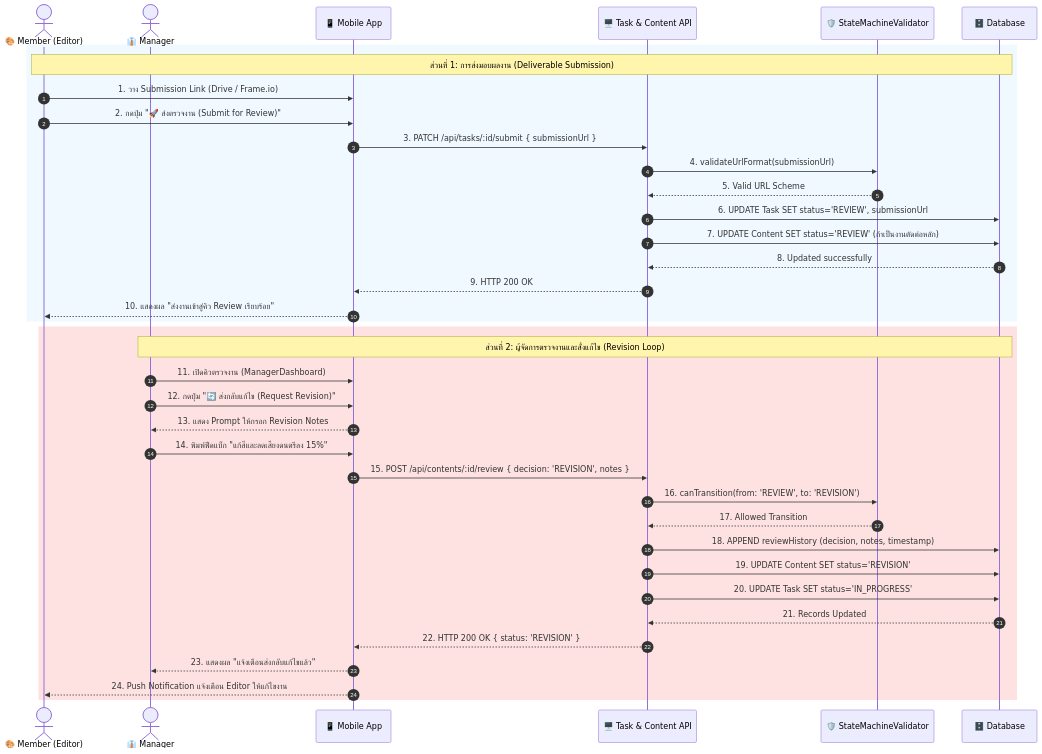
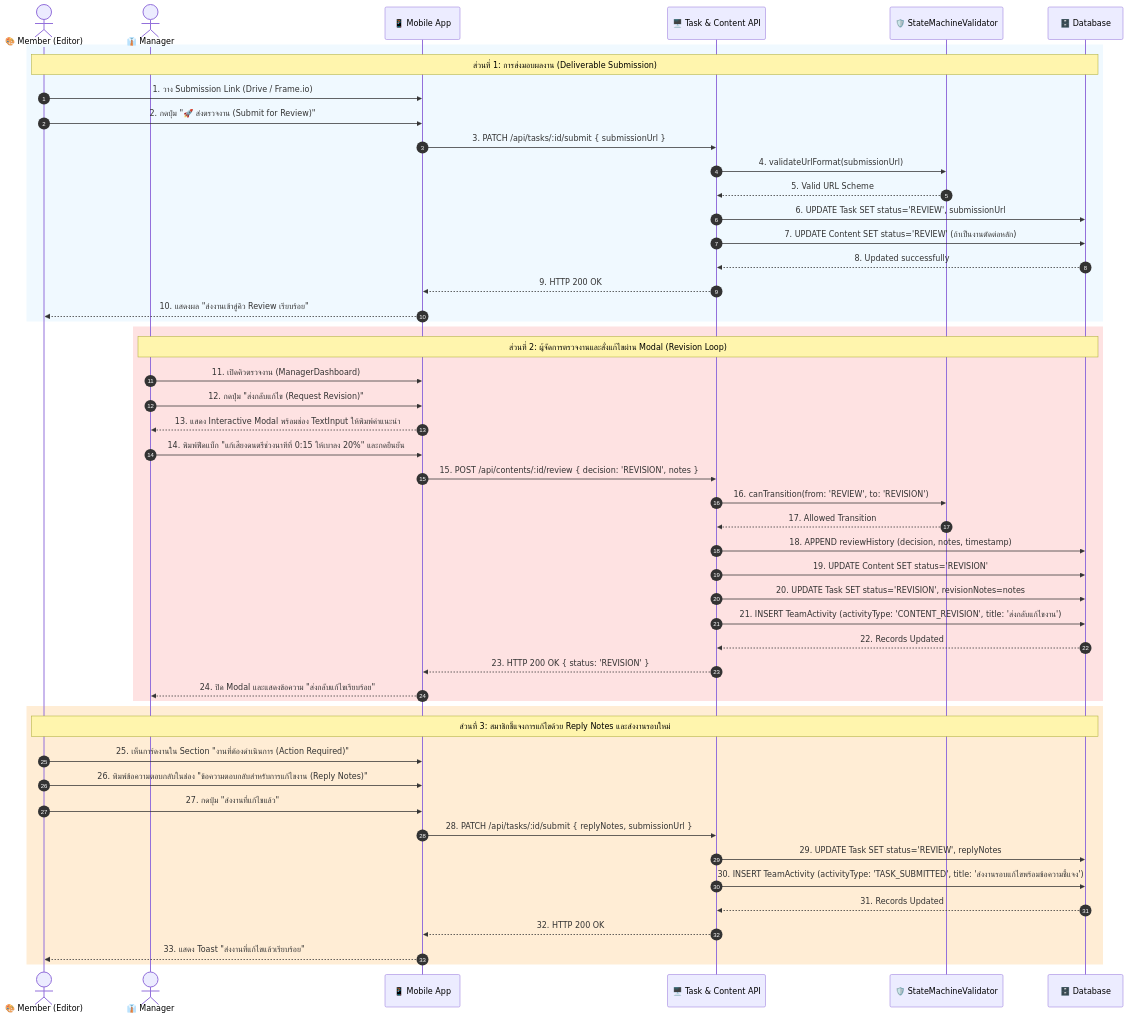
The second of 4 diagrams in docs/academic/05-Sequence-Diagrams.md (Starlight142/Content-Management-System), drawn with Mermaid before and after one commit. The commit also changed other lines of this file and 47 other files, not shown here.

Commit message:
feat: complete Real-time Pipeline Sync across Web and Mobile, Physical Device Deployment (Xiaomi 13 Pro), Presence Engine, and Academic Architecture update (Phases 18-22)

````diff
--- a/docs/academic/05-Sequence-Diagrams.md
+++ b/docs/academic/05-Sequence-Diagrams.md
@@ -40,44 +40,58 @@
 ```mermaid
 sequenceDiagram
     autonumber
     actor Mem as 🎨 Member (Editor)
     actor Mgr as 👔 Manager
     participant App as 📱 Mobile App
     participant API as 🖥️ Task & Content API
     participant Guard as 🛡️ StateMachineValidator
     participant DB as 🗄️ Database
 
     %% Member submits
     rect rgb(240, 249, 255)
     Note over Mem, DB: ส่วนที่ 1: การส่งมอบผลงาน (Deliverable Submission)
     Mem->>App: 1. วาง Submission Link (Drive / Frame.io)
     Mem->>App: 2. กดปุ่ม "🚀 ส่งตรวจงาน (Submit for Review)"
     App->>API: 3. PATCH /api/tasks/:id/submit { submissionUrl }
     API->>Guard: 4. validateUrlFormat(submissionUrl)
     Guard-->>API: 5. Valid URL Scheme
     API->>DB: 6. UPDATE Task SET status='REVIEW', submissionUrl
     API->>DB: 7. UPDATE Content SET status='REVIEW' (ถ้าเป็นงานตัดต่อหลัก)
     DB-->>API: 8. Updated successfully
     API-->>App: 9. HTTP 200 OK
     App-->>Mem: 10. แสดงผล "ส่งงานเข้าสู่คิว Review เรียบร้อย"
     end
 
     %% Manager reviews & requests revision
     rect rgb(254, 226, 226)
-    Note over Mgr, DB: ส่วนที่ 2: ผู้จัดการตรวจงานและสั่งแก้ไข (Revision Loop)
+    Note over Mgr, DB: ส่วนที่ 2: ผู้จัดการตรวจงานและสั่งแก้ไขผ่าน Modal (Revision Loop)
     Mgr->>App: 11. เปิดคิวตรวจงาน (ManagerDashboard)
-    Mgr->>App: 12. กดปุ่ม "🔄 ส่งกลับแก้ไข (Request Revision)"
-    App-->>Mgr: 13. แสดง Prompt ให้กรอก Revision Notes
-    Mgr->>App: 14. พิมพ์ฟีดแบ็ก "แก้สีและลดเสียงดนตรีลง 15%"
+    Mgr->>App: 12. กดปุ่ม "ส่งกลับแก้ไข (Request Revision)"
+    App-->>Mgr: 13. แสดง Interactive Modal พร้อมช่อง TextInput ให้พิมพ์คำแนะนำ
+    Mgr->>App: 14. พิมพ์ฟีดแบ็ก "แก้เสียงดนตรีช่วงนาทีที่ 0:15 ให้เบาลง 20%" และกดยืนยัน
     App->>API: 15. POST /api/contents/:id/review { decision: 'REVISION', notes }
     API->>Guard: 16. canTransition(from: 'REVIEW', to: 'REVISION')
     Guard-->>API: 17. Allowed Transition
     API->>DB: 18. APPEND reviewHistory (decision, notes, timestamp)
     API->>DB: 19. UPDATE Content SET status='REVISION'
-    API->>DB: 20. UPDATE Task SET status='IN_PROGRESS'
-    DB-->>API: 21. Records Updated
-    API-->>App: 22. HTTP 200 OK { status: 'REVISION' }
-    App-->>Mgr: 23. แสดงผล "แจ้งเตือนส่งกลับแก้ไขแล้ว"
-    App-->>Mem: 24. Push Notification แจ้งเตือน Editor ให้แก้ไขงาน
+    API->>DB: 20. UPDATE Task SET status='REVISION', revisionNotes=notes
+    API->>DB: 21. INSERT TeamActivity (activityType: 'CONTENT_REVISION', title: 'ส่งกลับแก้ไขงาน')
+    DB-->>API: 22. Records Updated
+    API-->>App: 23. HTTP 200 OK { status: 'REVISION' }
+    App-->>Mgr: 24. ปิด Modal และแสดงข้อความ "ส่งกลับแก้ไขเรียบร้อย"
+    end
+
+    %% Member responds with reply notes
+    rect rgb(255, 237, 213)
+    Note over Mem, DB: ส่วนที่ 3: สมาชิกชี้แจงการแก้ไขด้วย Reply Notes และส่งงานรอบใหม่
+    Mem->>App: 25. เห็นการ์ดงานใน Section "งานที่ต้องดำเนินการ (Action Required)"
+    Mem->>App: 26. พิมพ์ข้อความตอบกลับในช่อง "ข้อความตอบกลับสำหรับการแก้ไขงาน (Reply Notes)"
+    Mem->>App: 27. กดปุ่ม "ส่งงานที่แก้ไขแล้ว"
+    App->>API: 28. PATCH /api/tasks/:id/submit { replyNotes, submissionUrl }
+    API->>DB: 29. UPDATE Task SET status='REVIEW', replyNotes
+    API->>DB: 30. INSERT TeamActivity (activityType: 'TASK_SUBMITTED', title: 'ส่งงานรอบแก้ไขพร้อมข้อความชี้แจง')
+    DB-->>API: 31. Records Updated
+    API-->>App: 32. HTTP 200 OK
+    App-->>Mem: 33. แสดง Toast "ส่งงานที่แก้ไขแล้วเรียบร้อย"
     end
 ```
````
